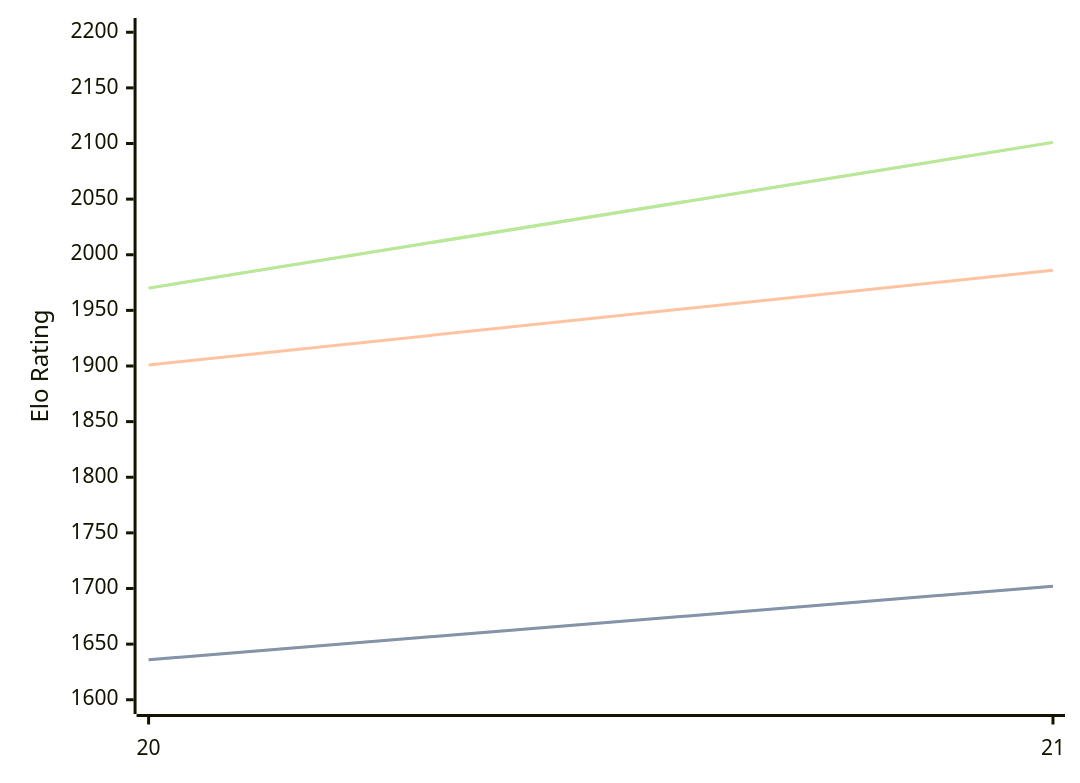
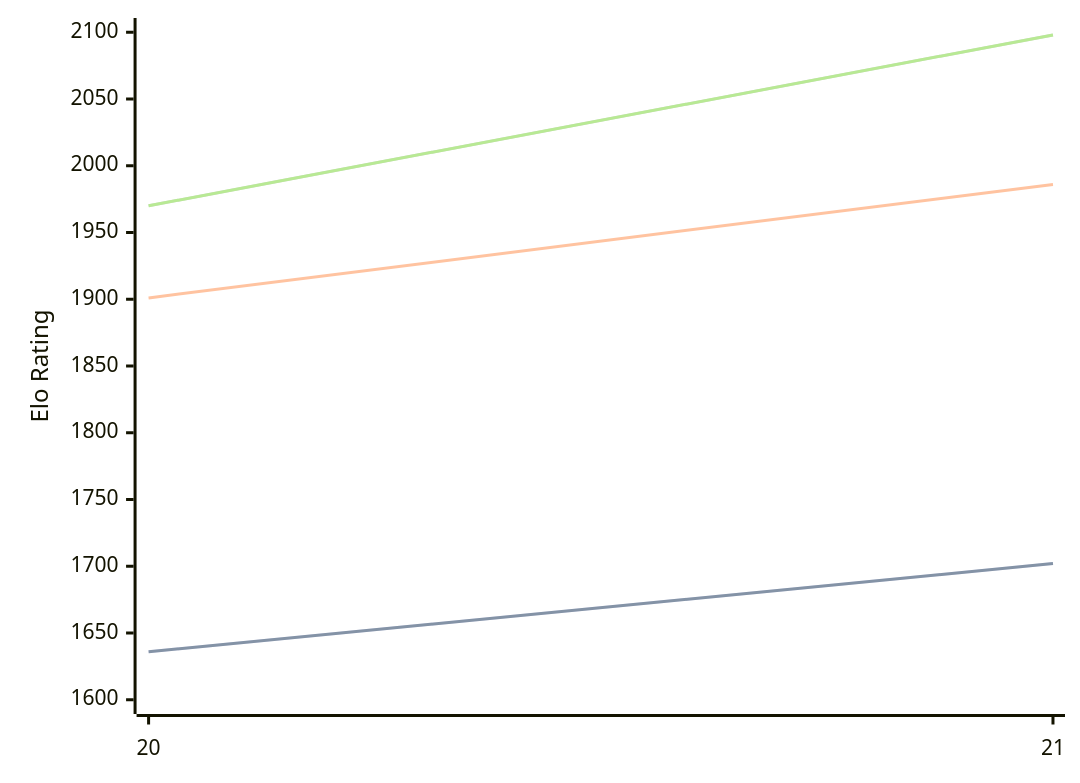
One commit to computer-chess-index/cci changed the first of 3 diagrams in engines/PurplePanda.md. Above: the diagram before and after it, drawn with Mermaid. The commit also changed other lines of this file, not shown here.

Commit message:
Update CCI Ratings (ELO VLTC) - 2026-07-17

````diff
--- a/engines/PurplePanda.md
+++ b/engines/PurplePanda.md
@@ -40,11 +40,11 @@
 ```mermaid
 %%{init: {"theme":"base","themeVariables":{"seriesColors:['#a3a3a3','#222221','#faa371']}}}%%
 xychart-beta
   x-axis ["20", "21"]
-  y-axis "Elo Rating" 1600 --> 2200
+  y-axis "Elo Rating" 1600 --> 2100
   line "STC (8.0+0.08s)" [1636, 1702]
   line "STC (8.0+0.08s)" [1636, 1702]
   line "LTC (60.0+0.60s)" [1901, 1986]
-  line "VLTC (2m24s+1.12s)" [1970, 2101]
-  line "VLTC (2m24s+1.12s)" [1970, 2101]
+  line "VLTC (2m24s+1.12s)" [1970, 2098]
+  line "VLTC (2m24s+1.12s)" [1970, 2098]
 ```
````
